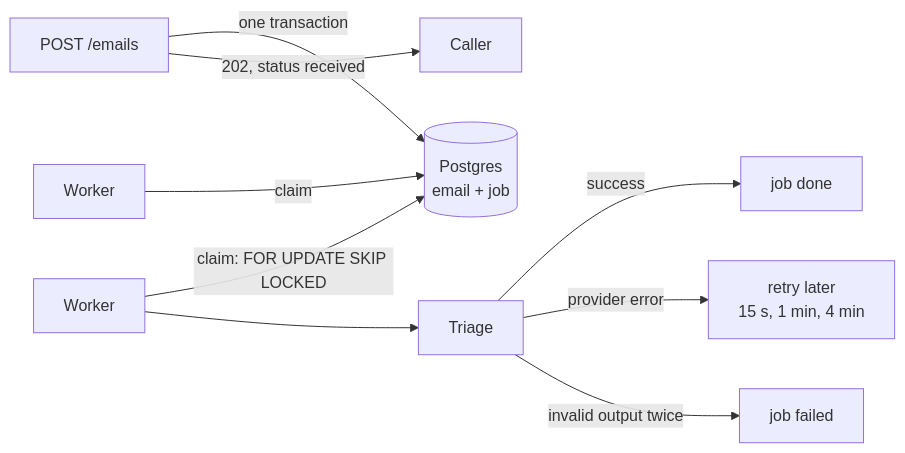
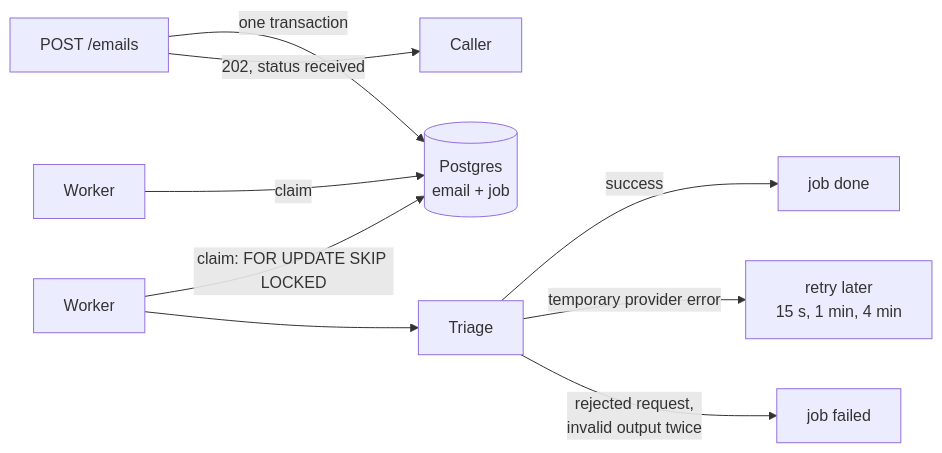
The first of 2 diagrams in README.md (djabirati/claimdesk), drawn with Mermaid before and after one commit. The commit also changed other lines of this file and 12 other files, not shown here.

````diff
--- a/README.md
+++ b/README.md
@@ -28,11 +28,11 @@
 ```mermaid
 flowchart LR
     A[POST /emails] -->|"one transaction"| Q[("Postgres<br/>email + job")]
     A -->|"202, status received"| C[Caller]
     W1[Worker] -->|"claim: FOR UPDATE SKIP LOCKED"| Q
     W2[Worker] -->|claim| Q
     W1 --> T[Triage]
     T -->|success| D[job done]
-    T -->|"provider error"| R["retry later<br/>15 s, 1 min, 4 min"]
-    T -->|"invalid output twice"| F[job failed]
+    T -->|"temporary provider error"| R["retry later<br/>15 s, 1 min, 4 min"]
+    T -->|"rejected request,<br/>invalid output twice"| F[job failed]
 ```
````
